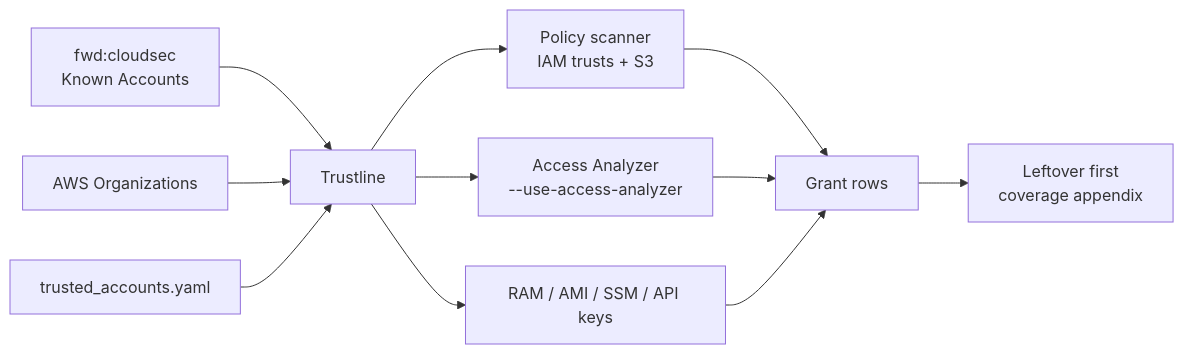
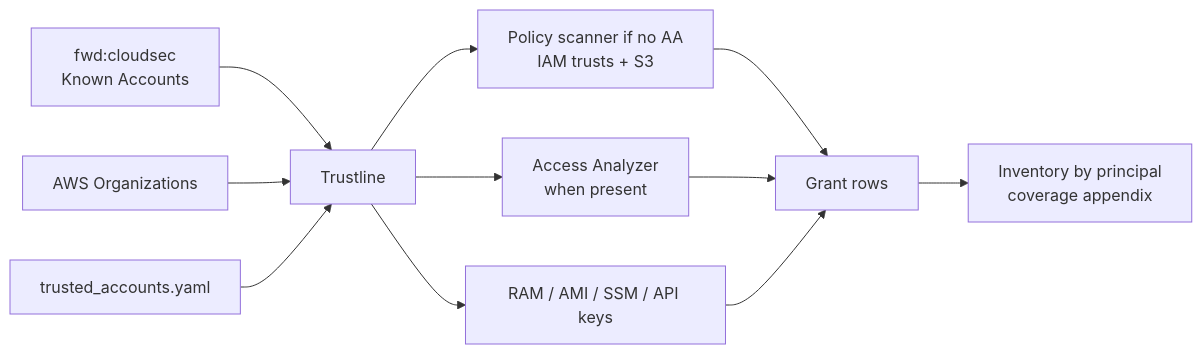
Before and after one commit to zoph-io/aws-trustline: the diagram in README.md, drawn with Mermaid. The commit also changed other lines of this file and 7 other files, not shown here.

First line of the commit message:
feat: inventory by principal with name lookup as the product

````diff
--- a/README.md
+++ b/README.md
@@ -94,13 +94,13 @@
 ```mermaid
 flowchart LR
     A["fwd:cloudsec<br/>Known Accounts"] --> D[Trustline]
     B[AWS Organizations] --> D
     C[trusted_accounts.yaml] --> D
-    D --> P["Policy scanner<br/>IAM trusts + S3"]
-    D --> AA["Access Analyzer<br/>--use-access-analyzer"]
+    D --> P["Policy scanner if no AA<br/>IAM trusts + S3"]
+    D --> AA["Access Analyzer<br/>when present"]
     D --> X["RAM / AMI / SSM / API keys"]
     P --> G["Grant rows"]
     AA --> G
     X --> G
-    G --> R["Leftover first<br/>coverage appendix"]
+    G --> R["Inventory by principal<br/>coverage appendix"]
 ```
````
